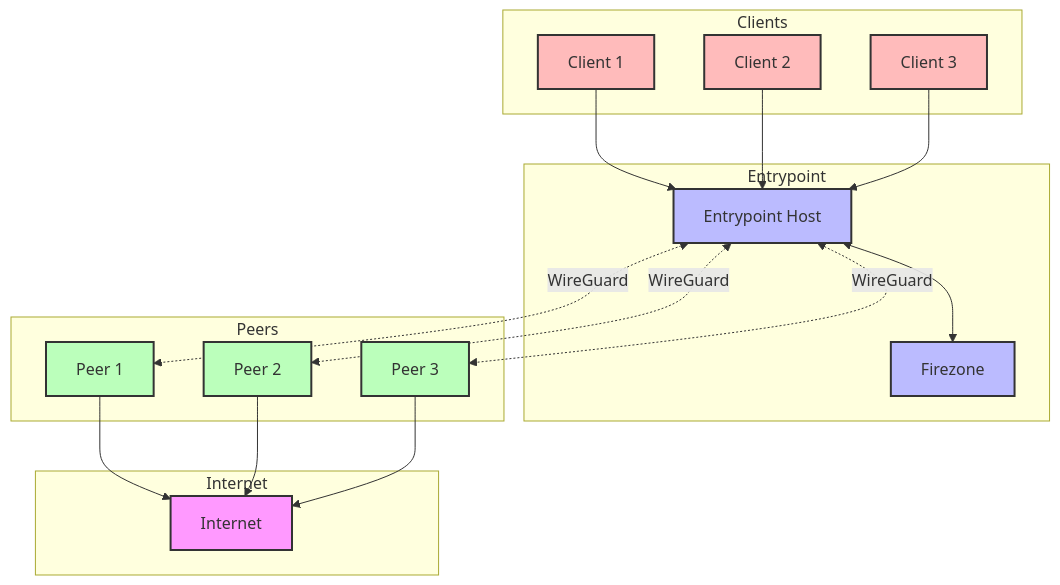
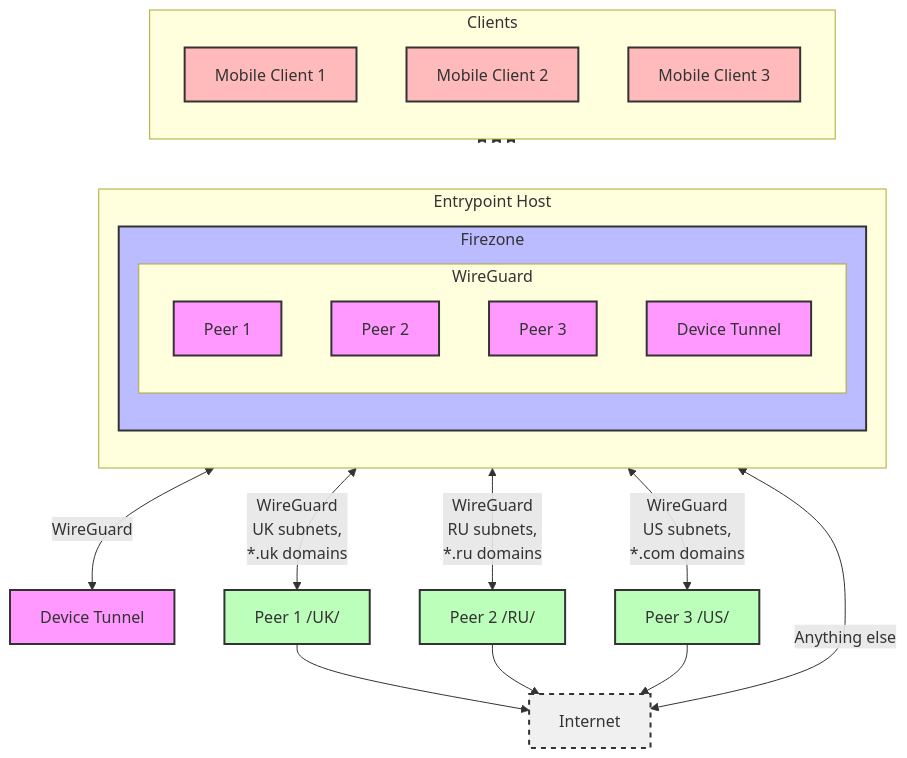
The diagram in README.md (AlexMKX/mrvpn2), drawn with Mermaid before and after one commit.

Commit message:
Working on docs

````diff
--- a/README.md
+++ b/README.md
@@ -4,45 +4,59 @@
 ```mermaid
 graph TD
-    subgraph Internet
-        I[Internet]
+
+    T1[Device Tunnel]       
+    subgraph Clients
+    direction TB
+
+        C1[Mobile Client 1]
+        C2[Mobile Client 2]
+        C3[Mobile Client 3]
+
+    end
+         
+    subgraph EH [Entrypoint Host]
+            direction TB
+        subgraph FZ[Firezone]
+            subgraph WireGuard
+                PT1[Peer 1  ]
+                PT2[Peer 2  ]
+                PT3[Peer 3  ]
+                PDT[Device Tunnel]
+            end
+        end 
     end
 
-    subgraph Entrypoint
-        E[Entrypoint Host]
-        FZ[Firezone]
-    end
+    P1[Peer 1 /UK/ ]
+    P2[Peer 2 /RU/ ]
+    P3[Peer 3 /US/ ]
 
-    subgraph Peers
-        P1[Peer 1]
-        P2[Peer 2]
-        P3[Peer 3]
-    end
+    I["Internet"] 
+    style I fill:#f0f0f0,stroke:#333,stroke-width:2px,stroke-dasharray: 5 5
 
-    subgraph Clients
-        C1[Client 1]
-        C2[Client 2]
-        C3[Client 3]
-    end
 
-    C1 --> E
-    C2 --> E
-    C3 --> E
 
-    E <--> FZ
+    PT1 <--> |WireGuard <br>UK subnets,<br> *.uk domains| P1
+    PT2 <--> |WireGuard <br>RU subnets,<br> *.ru domains| P2
+    PT3 <--> |WireGuard <br> US subnets,<br> *.com domains| P3
+    PDT <--> |WireGuard| T1
+   
+    C1 <--> FZ
+    C2 <--> FZ
+    C3 <--> FZ
+    FZ <--> |Anything else| I
+    
 
-    E <-.->|WireGuard| P1
-    E <-.->|WireGuard| P2
-    E <-.->|WireGuard| P3
-
+    
     P1 --> I
     P2 --> I
     P3 --> I
 
     classDef default fill:#f9f,stroke:#333,stroke-width:2px;
     classDef entrypoint fill:#bbf,stroke:#333,stroke-width:2px;
     classDef peers fill:#bfb,stroke:#333,stroke-width:2px;
     classDef clients fill:#fbb,stroke:#333,stroke-width:2px;
-    class E,FZ entrypoint;
+    
+    class FZ entrypoint;
     class P1,P2,P3 peers;
     class C1,C2,C3 clients;
 ```
````
